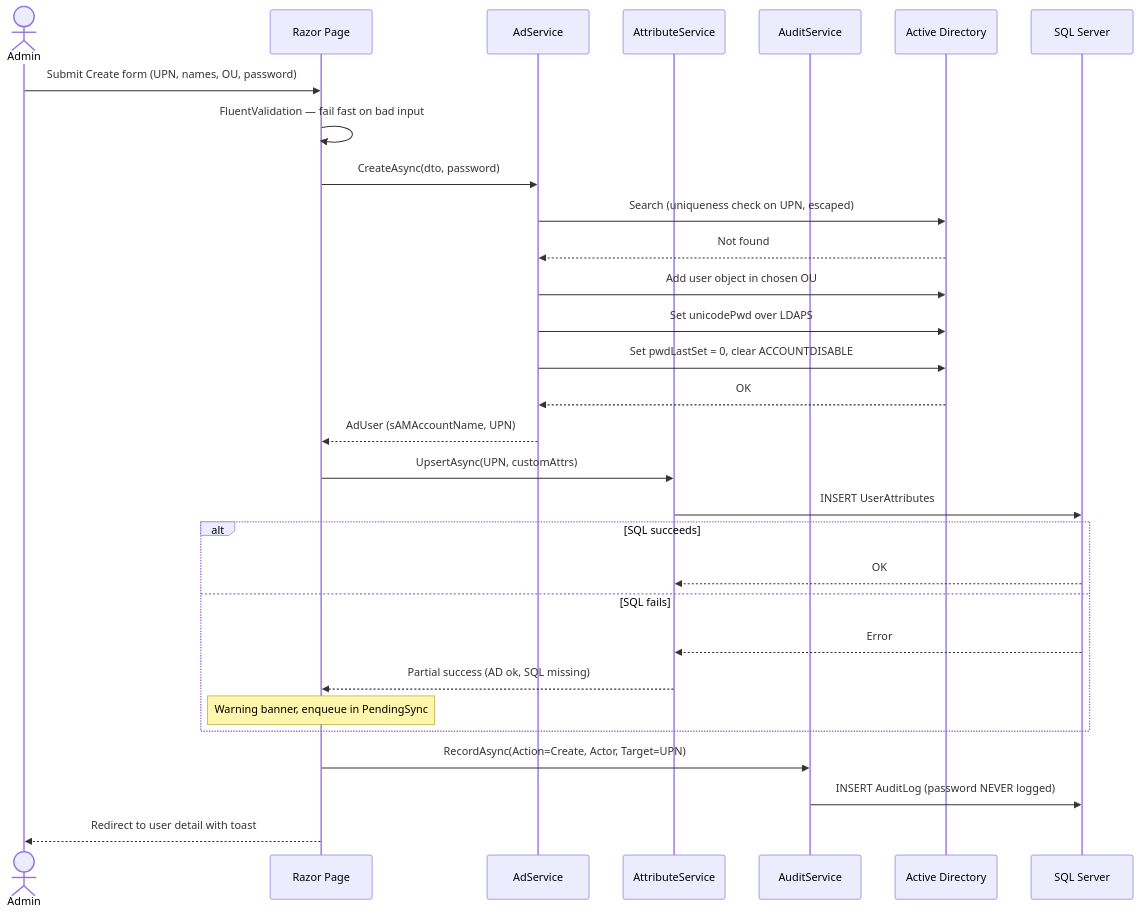
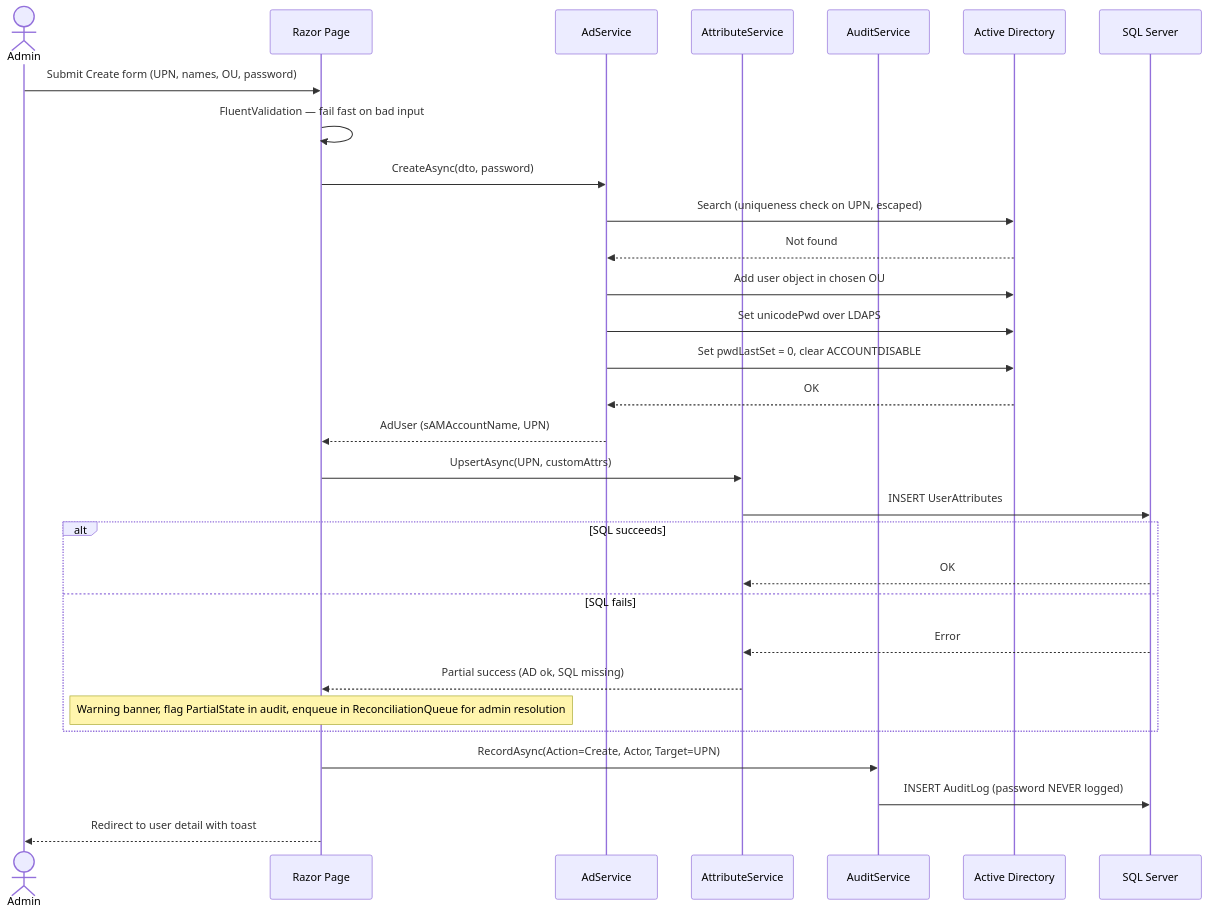
Before and after one commit to arthurkahwa/ad-user-management: the third of 5 diagrams in README.md, drawn with Mermaid. The commit also changed other lines of this file and 1 other file, not shown here.

First line of the commit message:
Reconcile architecture spec with design-review decisions

````diff
--- a/README.md
+++ b/README.md
@@ -316,35 +329,35 @@
 ```mermaid
 sequenceDiagram
     actor Admin
     participant Razor as Razor Page
     participant AdSvc as AdService
     participant AttrSvc as AttributeService
     participant Audit as AuditService
     participant AD as Active Directory
     participant SQL as SQL Server
 
     Admin->>Razor: Submit Create form (UPN, names, OU, password)
     Razor->>Razor: FluentValidation — fail fast on bad input
     Razor->>AdSvc: CreateAsync(dto, password)
     AdSvc->>AD: Search (uniqueness check on UPN, escaped)
     AD-->>AdSvc: Not found
     AdSvc->>AD: Add user object in chosen OU
     AdSvc->>AD: Set unicodePwd over LDAPS
     AdSvc->>AD: Set pwdLastSet = 0, clear ACCOUNTDISABLE
     AD-->>AdSvc: OK
     AdSvc-->>Razor: AdUser (sAMAccountName, UPN)
 
     Razor->>AttrSvc: UpsertAsync(UPN, customAttrs)
     AttrSvc->>SQL: INSERT UserAttributes
     alt SQL succeeds
         SQL-->>AttrSvc: OK
     else SQL fails
         SQL-->>AttrSvc: Error
         AttrSvc-->>Razor: Partial success (AD ok, SQL missing)
-        Note over Razor: Warning banner, enqueue in PendingSync
+        Note over Razor: Warning banner, flag PartialState in audit, enqueue in ReconciliationQueue for admin resolution
     end
 
     Razor->>Audit: RecordAsync(Action=Create, Actor, Target=UPN)
     Audit->>SQL: INSERT AuditLog (password NEVER logged)
     Razor-->>Admin: Redirect to user detail with toast
 ```
````
